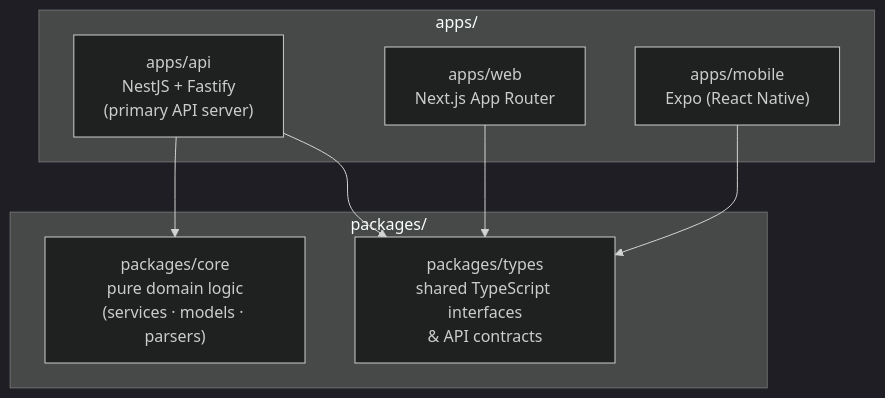
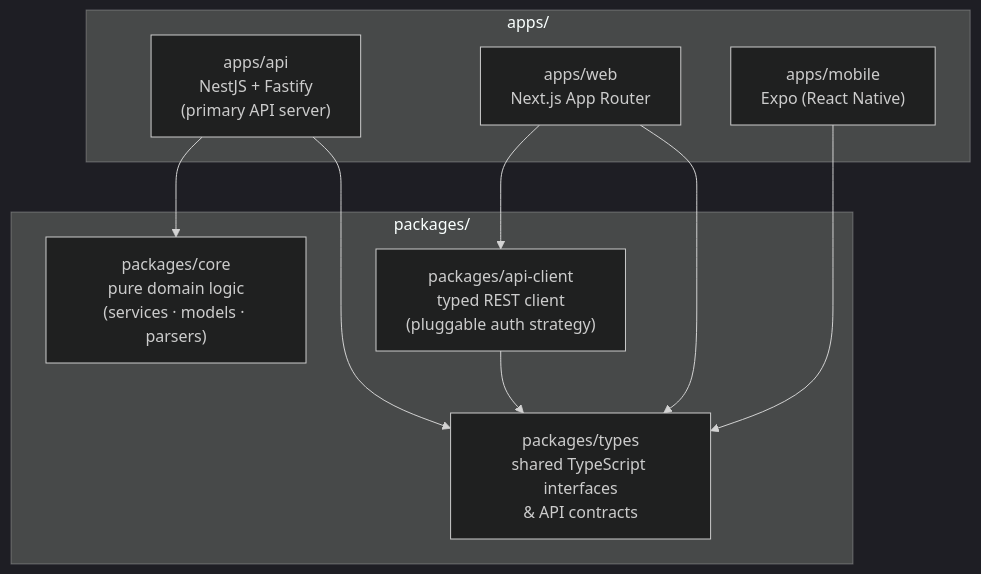
The diagram in docs/diagrams/package-dependencies.md (brownm09/lifting-logbook), drawn with Mermaid (dark theme) before and after one commit. The commit also changed other lines of this file and 13 other files, not shown here.

First line of the commit message:
[refactor] Consolidate web HTTP clients into packages/api-client (#479)

````diff
--- a/docs/diagrams/package-dependencies.md
+++ b/docs/diagrams/package-dependencies.md
@@ -7,18 +7,21 @@
 ```mermaid
 graph TB
     subgraph packages["packages/"]
         Core["packages/core\npure domain logic\n(services · models · parsers)"]
         Types["packages/types\nshared TypeScript interfaces\n& API contracts"]
+        ApiClient["packages/api-client\ntyped REST client\n(pluggable auth strategy)"]
     end
 
     subgraph apps["apps/"]
         API["apps/api\nNestJS + Fastify\n(primary API server)"]
         Web["apps/web\nNext.js App Router"]
         Mobile["apps/mobile\nExpo (React Native)"]
     end
 
     API --> Core
     API --> Types
+    ApiClient --> Types
     Web --> Types
+    Web --> ApiClient
     Mobile --> Types
 ```
````
